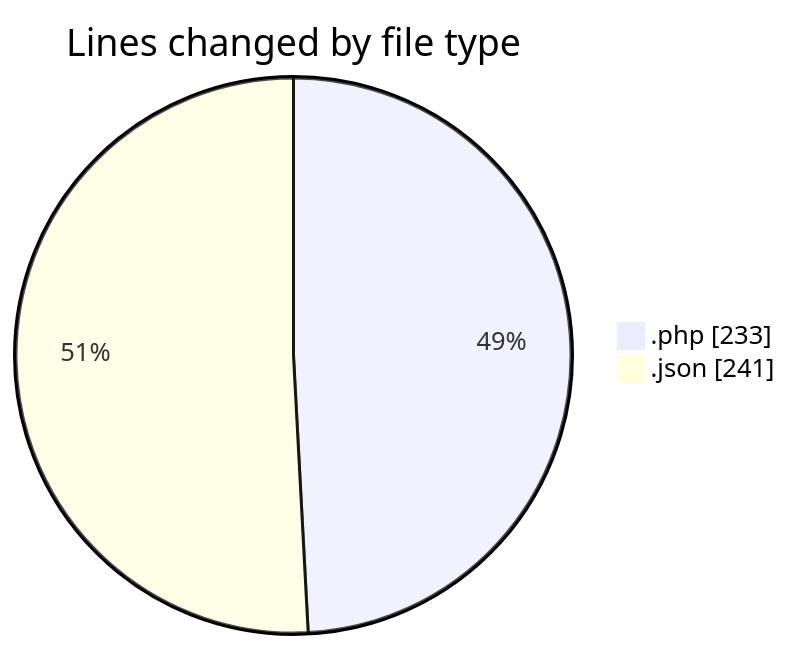
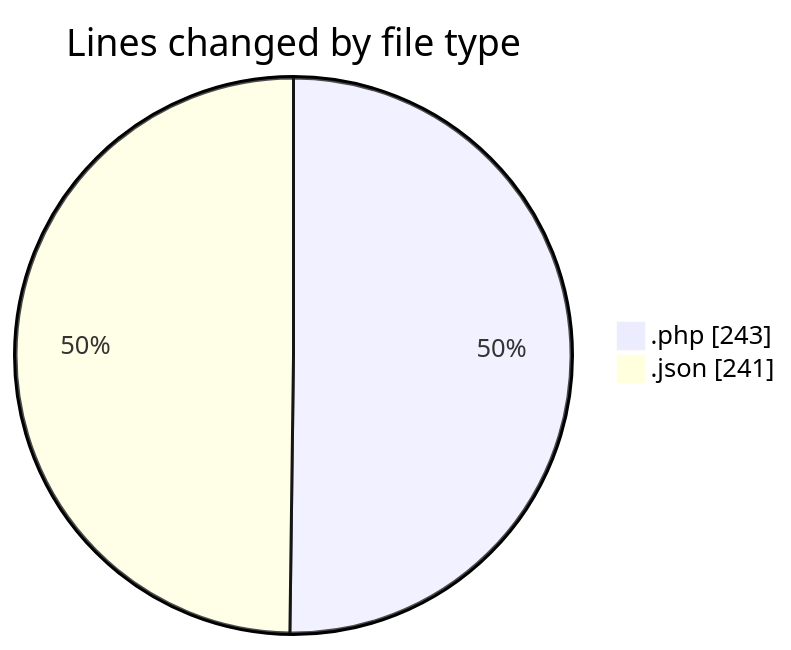
Before and after one commit to idhammustaqopulfikri/code-tracking: the first of 2 diagrams in 2025-03-28/autodidak/README.md, drawn with Mermaid. The commit also changed other lines of this file and 1 other file, not shown here.

````diff
--- a/2025-03-28/autodidak/README.md
+++ b/2025-03-28/autodidak/README.md
@@ -23,6 +23,6 @@
 ```mermaid
 pie showData
 title Lines changed by file type
-".php" : 233
+".php" : 243
 ".json" : 241
 ```
````
